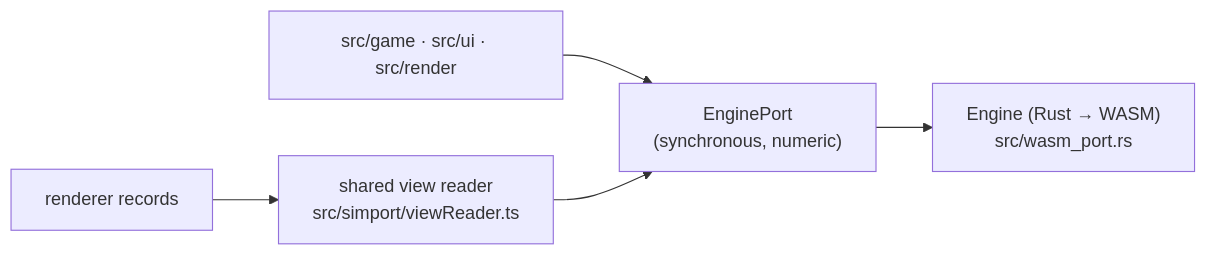
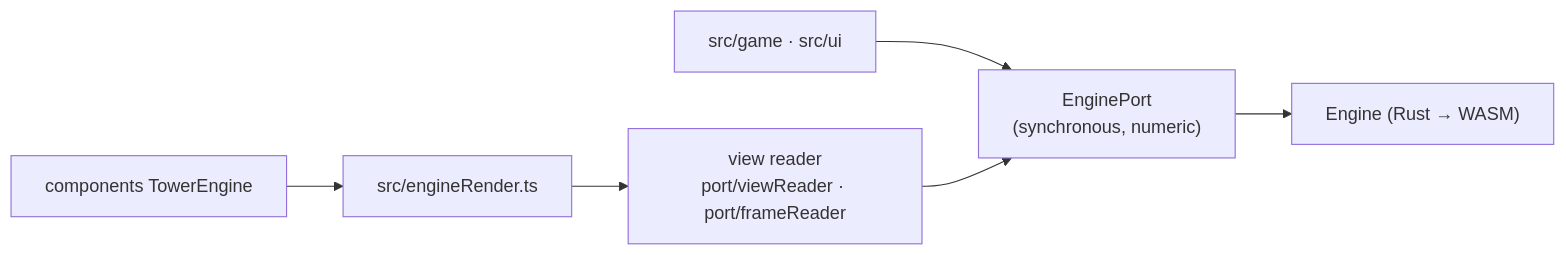
One commit to maniator/verticopolis changed the sixth of 6 diagrams in ARCHITECTURE.md. Above: the diagram before and after it, drawn with Mermaid. The commit also changed other lines of this file and 2 other files, not shown here.

First line of the commit message:
Trim ARCHITECTURE.md to the game and link the other two tours

````diff
--- a/ARCHITECTURE.md
+++ b/ARCHITECTURE.md
@@ -341,7 +336,8 @@
 ```mermaid
 flowchart LR
-    UI["src/game · src/ui · src/render"] --> Port["EnginePort<br/>(synchronous, numeric)"]
-    Port --> Rust["Engine (Rust → WASM)<br/>src/wasm_port.rs"]
-    Render["renderer records"] --> Reader["shared view reader<br/>src/simport/viewReader.ts"]
-    Reader --> Port
+    UI["src/game · src/ui"] --> Port["EnginePort<br/>(synchronous, numeric)"]
+    Port --> Rust["Engine (Rust → WASM)"]
+    Reader["view reader<br/>port/viewReader · port/frameReader"] --> Port
+    Join["src/engineRender.ts"] --> Reader
+    Scene["components TowerEngine"] --> Join
 ```
````
